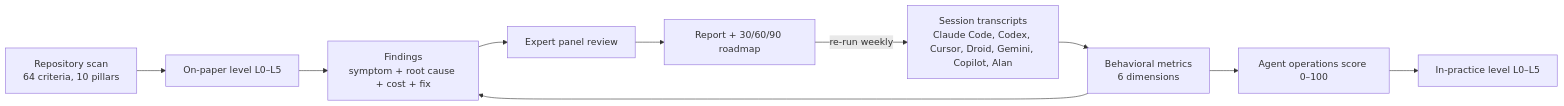
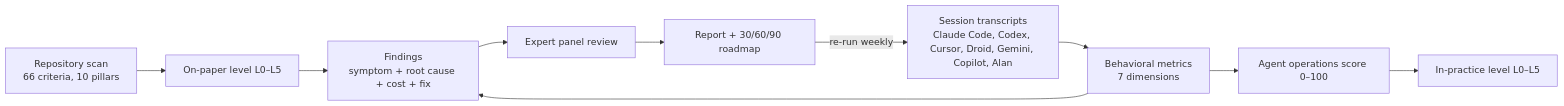
The diagram in agent-readiness/skills/agent-readiness/references/framework.md (tryalan-ai/supa-skills), drawn with Mermaid before and after one commit. The commit also changed other lines of this file and 11 other files, not shown here.

````diff
--- a/agent-readiness/skills/agent-readiness/references/framework.md
+++ b/agent-readiness/skills/agent-readiness/references/framework.md
@@ -12,10 +12,10 @@
 ```mermaid
 flowchart LR
-  R["Repository scan<br/>64 criteria, 10 pillars"] --> P["On-paper level L0–L5"]
-  S["Session transcripts<br/>Claude Code, Codex, Cursor, Droid, Gemini, Copilot, Alan"] --> B["Behavioral metrics<br/>6 dimensions"]
+  R["Repository scan<br/>66 criteria, 10 pillars"] --> P["On-paper level L0–L5"]
+  S["Session transcripts<br/>Claude Code, Codex, Cursor, Droid, Gemini, Copilot, Alan"] --> B["Behavioral metrics<br/>7 dimensions"]
   B --> O["Agent operations score 0–100"] --> Q["In-practice level L0–L5"]
   P --> F["Findings<br/>symptom + root cause + cost + fix"]
   B --> F
   F --> X["Expert panel review"] --> D["Report + 30/60/90 roadmap"]
   D -->|"re-run weekly"| S
 ```
````
